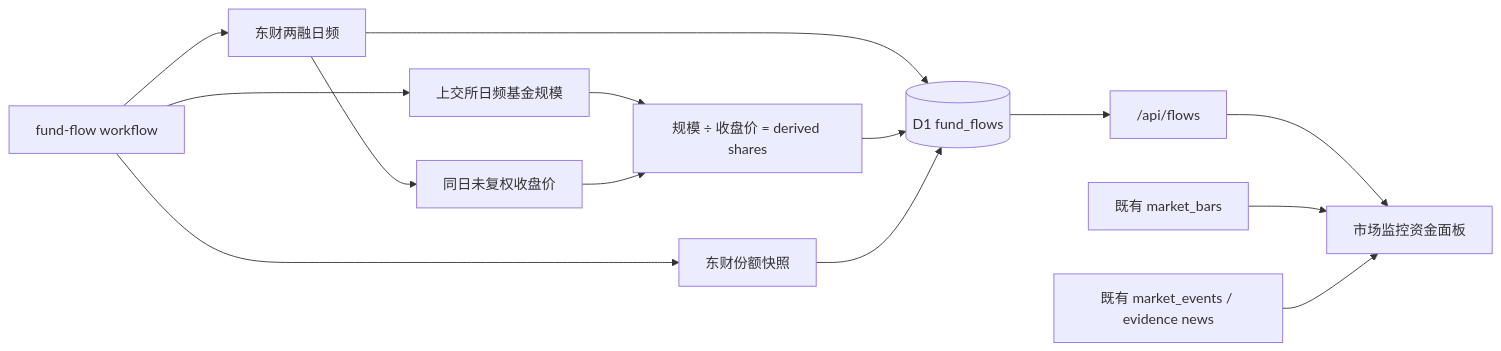
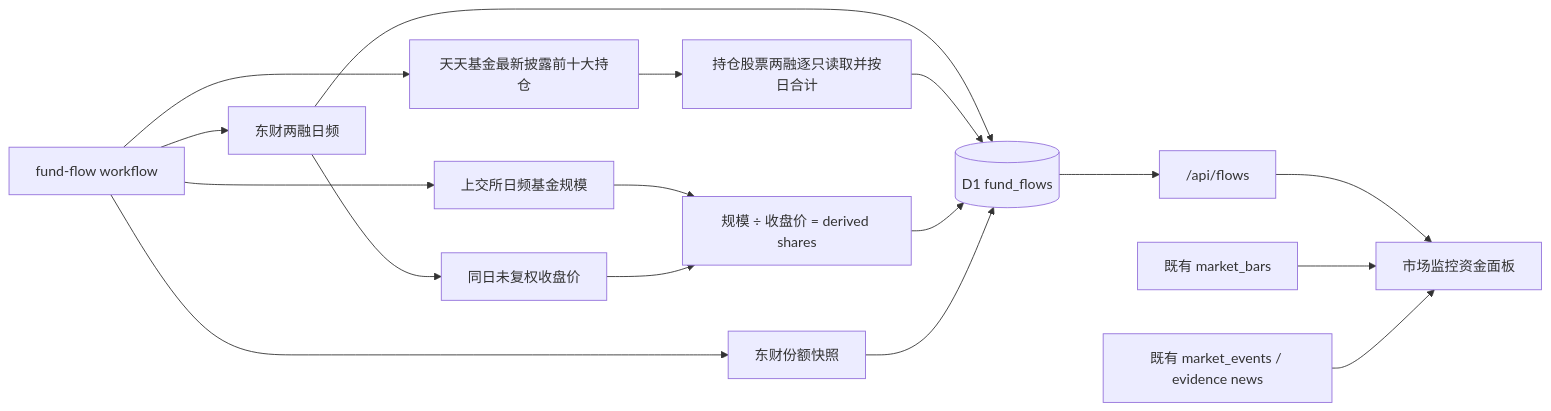
One commit to gaaiyun/TradingWorkbench changed the sixth of 9 diagrams in docs/architecture-and-data-flows.md. Above: the diagram before and after it, drawn with Mermaid. The commit also changed other lines of this file and 15 other files, not shown here.

````diff
--- a/docs/architecture-and-data-flows.md
+++ b/docs/architecture-and-data-flows.md
@@ -225,16 +225,19 @@
 ```mermaid
 flowchart LR
     A["fund-flow workflow"] --> M["东财两融日频"]
+    A --> H["天天基金最新披露前十大持仓"]
+    H --> CM["持仓股票两融逐只读取并按日合计"]
     A --> S["上交所日频基金规模"]
     A --> Q["东财份额快照"]
     M --> C["同日未复权收盘价"]
     S --> D["规模 ÷ 收盘价 = derived shares"]
     C --> D
     M --> F[("D1 fund_flows")]
+    CM --> F
     D --> F
     Q --> F
     F --> API["/api/flows"]
     API --> UI["市场监控资金面板"]
     B["既有 market_bars"] --> UI
     E["既有 market_events / evidence news"] --> UI
 ```
````
